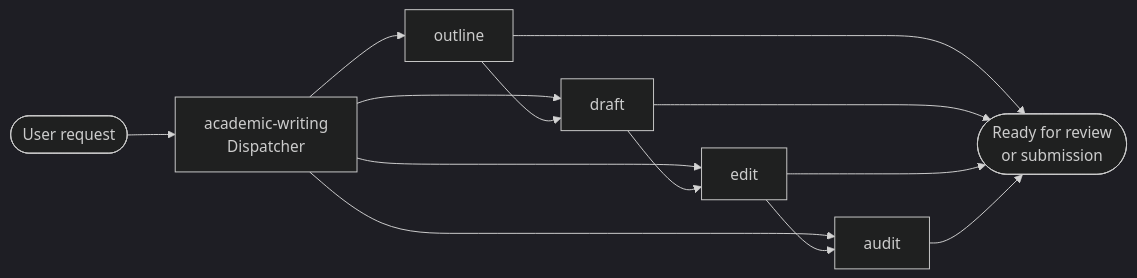
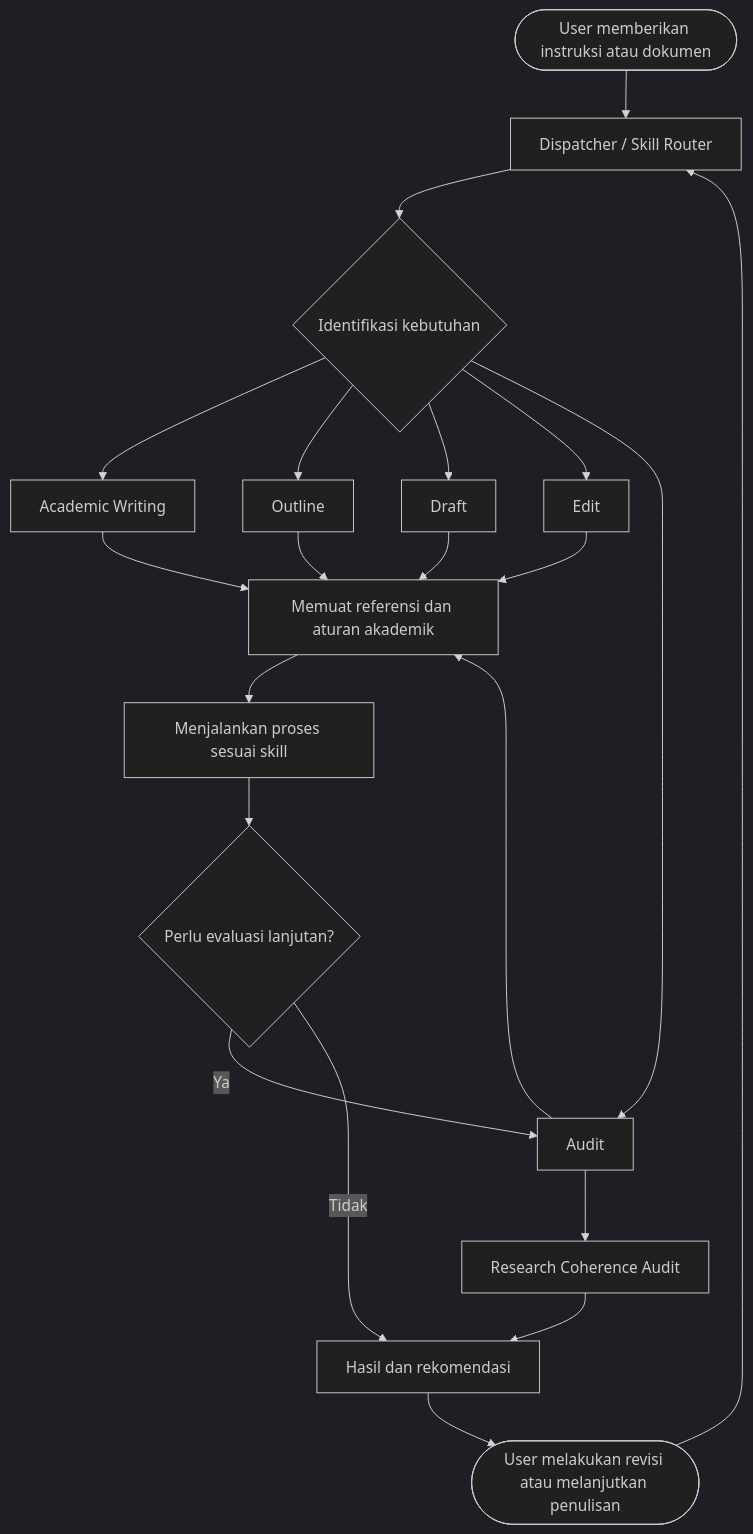
The first of 2 diagrams in README.md (Nbill27/academic-writing-skills), drawn with Mermaid (dark theme) before and after one commit. The commit also changed other lines of this file, not shown here.

Commit message:
docs: add workflow flowcharts to README

````diff
--- a/README.md
+++ b/README.md
@@ -37,15 +37,30 @@
 ```mermaid
-flowchart LR
-    U([User request]) --> W[academic-writing<br/>Dispatcher]
-    W --> O[outline]
-    W --> D[draft]
-    W --> E[edit]
-    W --> A[audit]
-    O --> D
-    D --> E
-    E --> A
-    O --> OUT([Ready for review<br/>or submission])
-    D --> OUT
-    E --> OUT
-    A --> OUT
+flowchart TD
+    A([User memberikan instruksi atau dokumen]) --> B[Dispatcher / Skill Router]
+
+    B --> C{Identifikasi kebutuhan}
+
+    C --> D[Academic Writing]
+    C --> E[Outline]
+    C --> F[Draft]
+    C --> G[Edit]
+    C --> H[Audit]
+
+    D --> I[Memuat referensi dan aturan akademik]
+    E --> I
+    F --> I
+    G --> I
+    H --> I
+
+    I --> J[Menjalankan proses sesuai skill]
+    J --> K{Perlu evaluasi lanjutan?}
+
+    K -->|Ya| H
+    K -->|Tidak| L[Hasil dan rekomendasi]
+
+    H --> M[Research Coherence Audit]
+    M --> L
+
+    L --> N([User melakukan revisi atau melanjutkan penulisan])
+    N --> B
 ```
````
